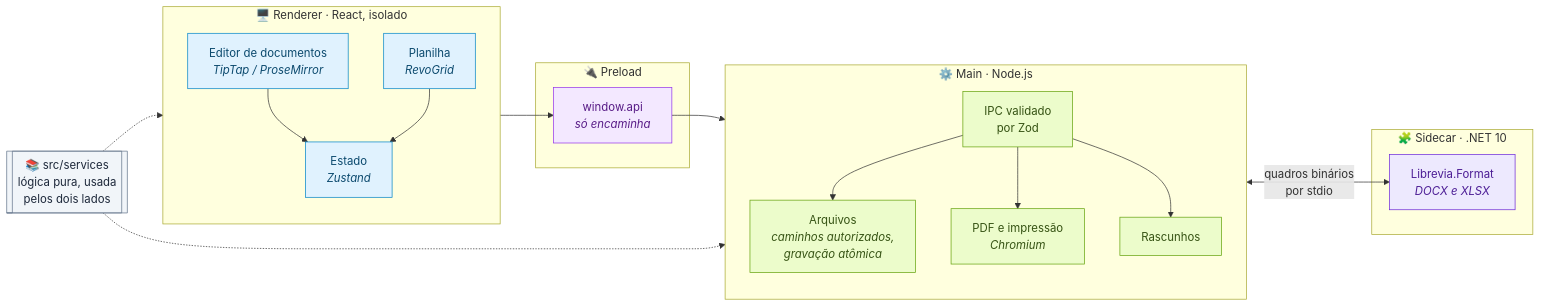
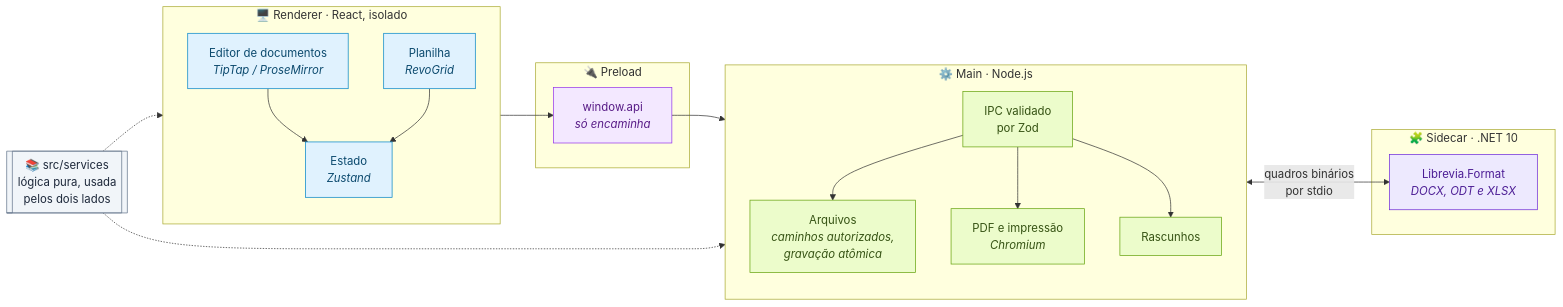
One commit to VStorch/LibreviaWorkspace changed the second of 5 diagrams in README.md. Above: the diagram before and after it, drawn with Mermaid. The commit also changed other lines of this file and 1 other file, not shown here.

Commit message:
docs: describe opening and saving ODT

````diff
--- a/README.md
+++ b/README.md
@@ -345,44 +362,44 @@
 ```mermaid
 flowchart LR
     subgraph R["🖥️ Renderer · React, isolado"]
         direction TB
         DOC["Editor de documentos<br/><i>TipTap / ProseMirror</i>"]
         SHEET["Planilha<br/><i>RevoGrid</i>"]
         ST["Estado<br/><i>Zustand</i>"]
     end
 
     subgraph P["🔌 Preload"]
         API["window.api<br/><i>só encaminha</i>"]
     end
 
     subgraph M["⚙️ Main · Node.js"]
         direction TB
         IPC["IPC validado<br/>por Zod"]
         FS["Arquivos<br/><i>caminhos autorizados,<br/>gravação atômica</i>"]
         PDF["PDF e impressão<br/><i>Chromium</i>"]
         REC["Rascunhos"]
     end
 
     subgraph S["🧩 Sidecar · .NET 10"]
-        FMT["Librevia.Format<br/><i>DOCX e XLSX</i>"]
+        FMT["Librevia.Format<br/><i>DOCX, ODT e XLSX</i>"]
     end
 
     SV[["📚 src/services<br/>lógica pura, usada<br/>pelos dois lados"]]
 
     DOC & SHEET --> ST --> API --> IPC
     IPC --> FS & PDF & REC
     IPC <-->|"quadros binários<br/>por stdio"| FMT
     SV -.-> R
     SV -.-> M
 
     classDef ui fill:#e0f2fe,stroke:#0284c7,color:#0c4a6e
     classDef bridge fill:#f3e8ff,stroke:#9333ea,color:#581c87
     classDef mainp fill:#ecfccb,stroke:#65a30d,color:#365314
     classDef net fill:#ede9fe,stroke:#6d28d9,color:#4c1d95
     classDef pure fill:#f1f5f9,stroke:#64748b,color:#1e293b
     class DOC,SHEET,ST ui
     class API bridge
     class IPC,FS,PDF,REC mainp
     class FMT net
     class SV pure
 ```
````
